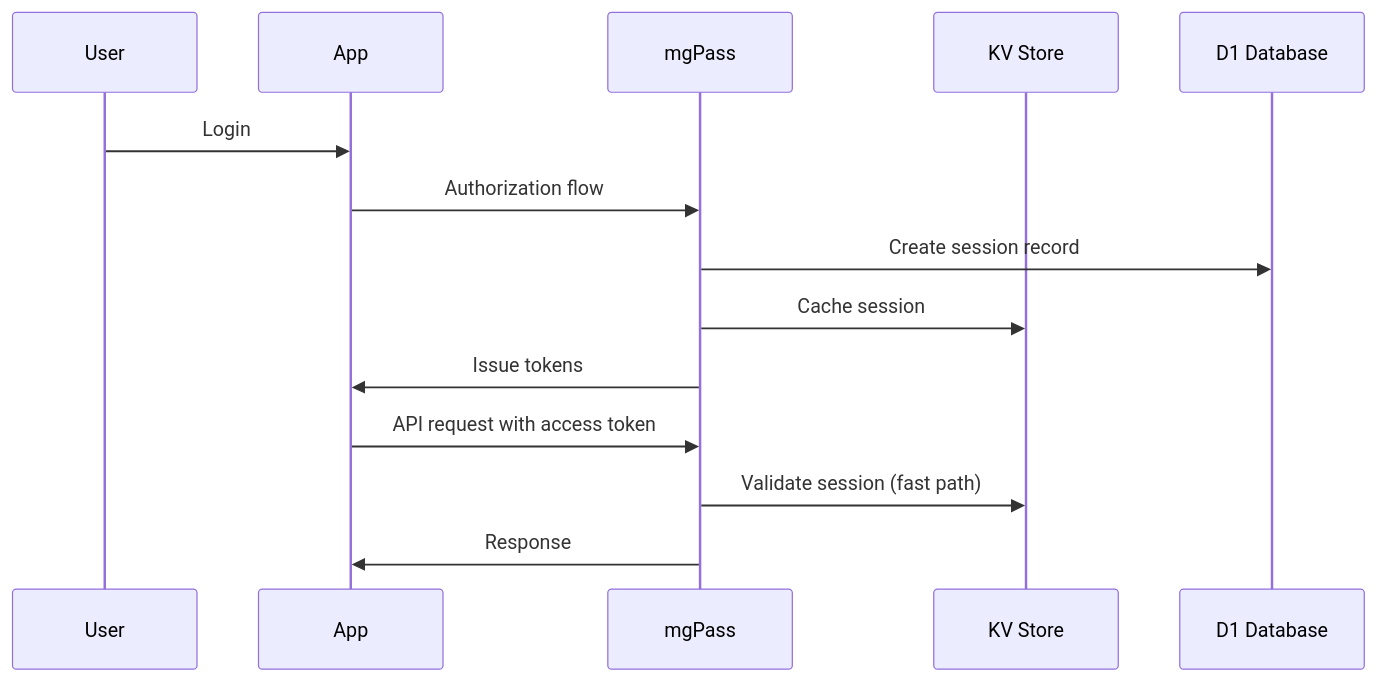
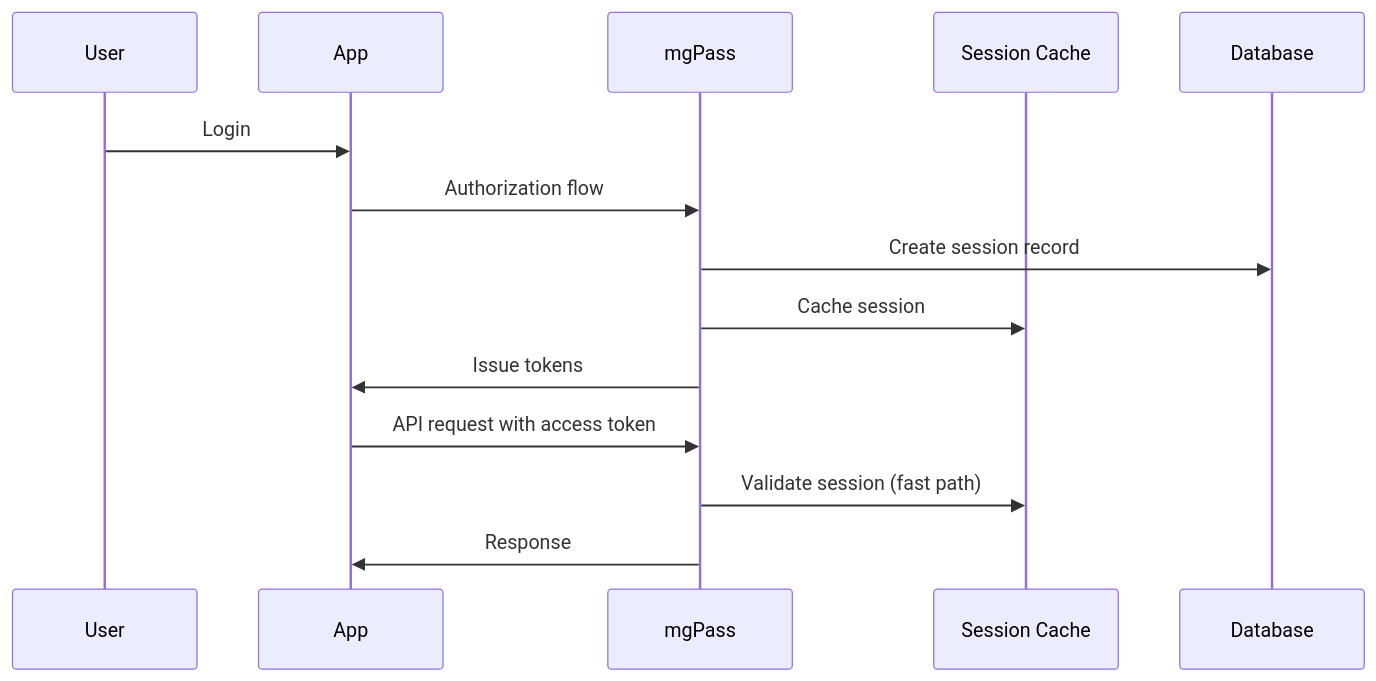
One commit to mgdmdev/docs changed the diagram in guides/sessions-tokens.mdx. Above: the diagram before and after it, drawn with Mermaid. The commit also changed other lines of this file and 29 other files, not shown here.

````diff
--- a/guides/sessions-tokens.mdx
+++ b/guides/sessions-tokens.mdx
@@ -12,17 +12,17 @@
 ```mermaid
 sequenceDiagram
     participant User
     participant App
     participant mgPass
-    participant KV as KV Store
-    participant D1 as D1 Database
+    participant Cache as Session Cache
+    participant DB as Database
 
     User->>App: Login
     App->>mgPass: Authorization flow
-    mgPass->>D1: Create session record
-    mgPass->>KV: Cache session
+    mgPass->>DB: Create session record
+    mgPass->>Cache: Cache session
     mgPass->>App: Issue tokens
     App->>mgPass: API request with access token
-    mgPass->>KV: Validate session (fast path)
+    mgPass->>Cache: Validate session (fast path)
     mgPass->>App: Response
 ```
````
